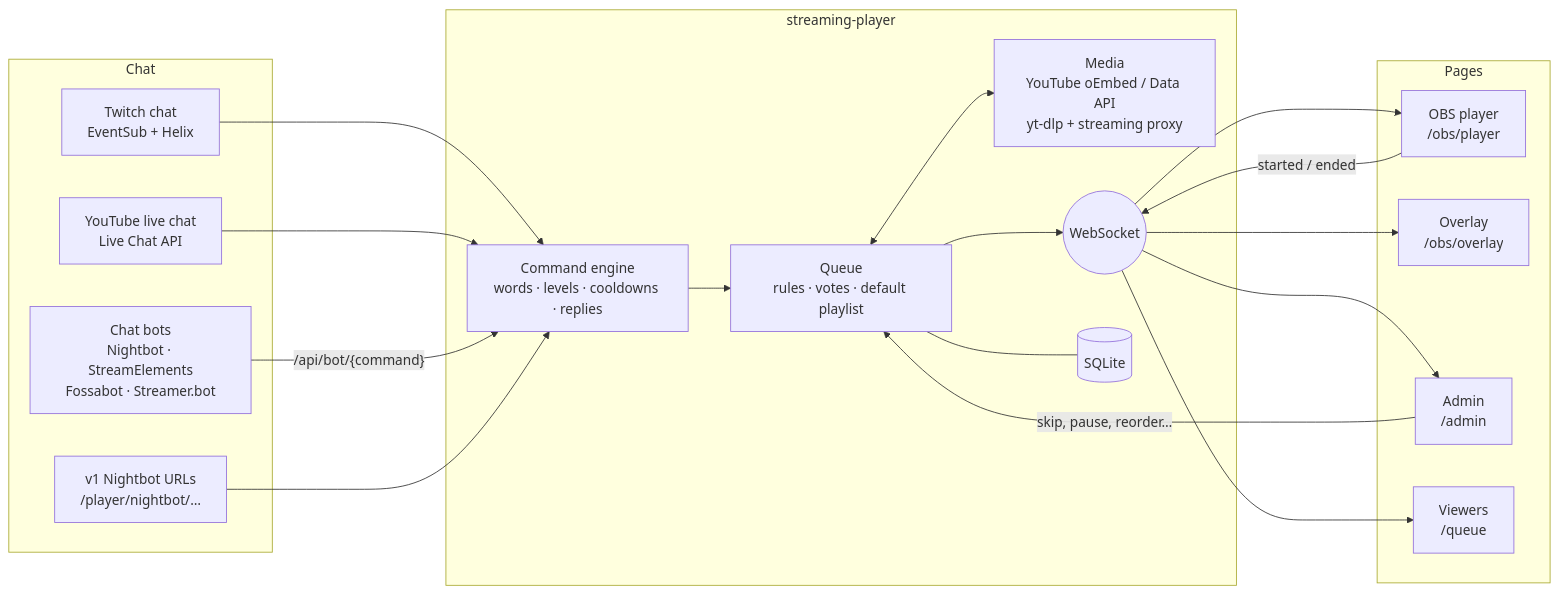
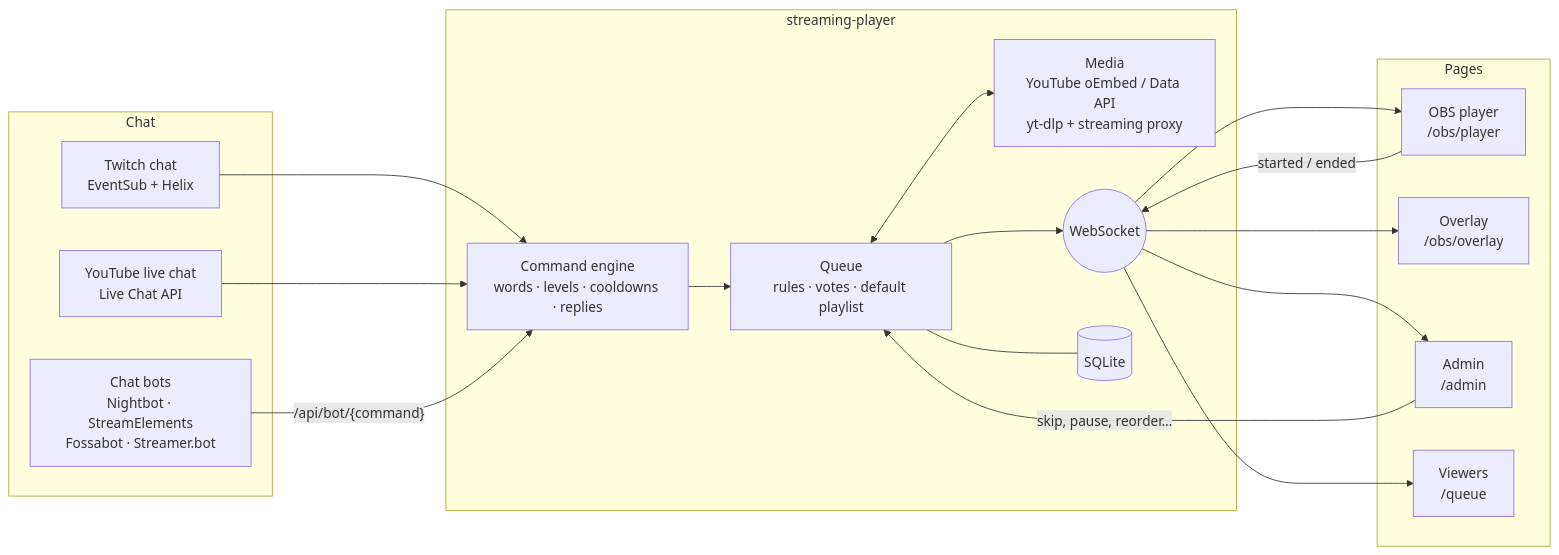
One commit to NatLee/streaming-player changed the first of 3 diagrams in README.md. Above: the diagram before and after it, drawn with Mermaid. The commit also changed other lines of this file and 8 other files, not shown here.

````diff
--- a/README.md
+++ b/README.md
@@ -74,33 +76,31 @@
 ```mermaid
 flowchart LR
   subgraph chat [Chat]
     TW["Twitch chat<br/>EventSub + Helix"]
     YT["YouTube live chat<br/>Live Chat API"]
     BOT["Chat bots<br/>Nightbot · StreamElements<br/>Fossabot · Streamer.bot"]
-    V1["v1 Nightbot URLs<br/>/player/nightbot/…"]
   end
   subgraph server [streaming-player]
     CMD["Command engine<br/>words · levels · cooldowns · replies"]
     Q["Queue<br/>rules · votes · default playlist"]
     MEDIA["Media<br/>YouTube oEmbed / Data API<br/>yt-dlp + streaming proxy"]
     WS(("WebSocket"))
     DB[("SQLite")]
   end
   subgraph pages [Pages]
     P["OBS player<br/>/obs/player"]
     O["Overlay<br/>/obs/overlay"]
     A["Admin<br/>/admin"]
     VW["Viewers<br/>/queue"]
   end
   TW --> CMD
   YT --> CMD
   BOT -->|"/api/bot/{command}"| CMD
-  V1 --> CMD
   CMD --> Q
   Q <--> MEDIA
   Q --- DB
   Q --> WS
   WS --> P & O & A & VW
   P -->|"started / ended"| WS
   A -->|"skip, pause, reorder…"| Q
 ```
````
